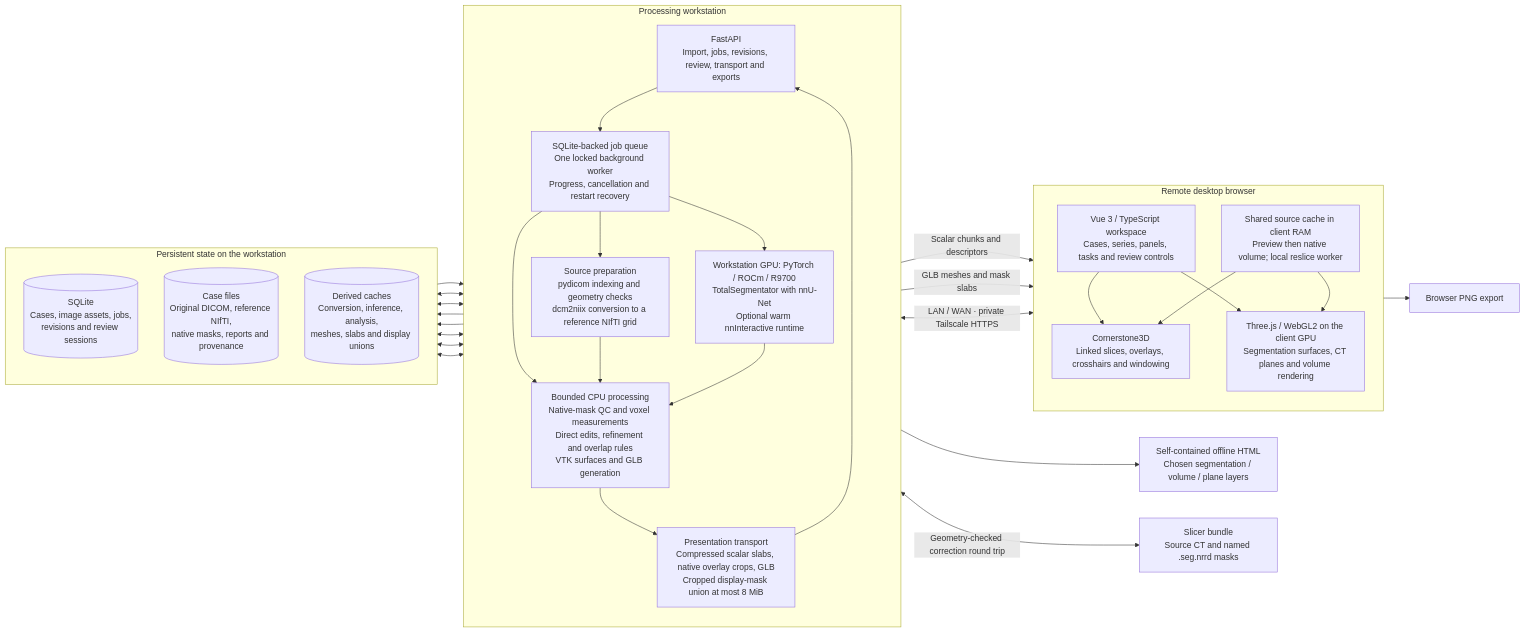
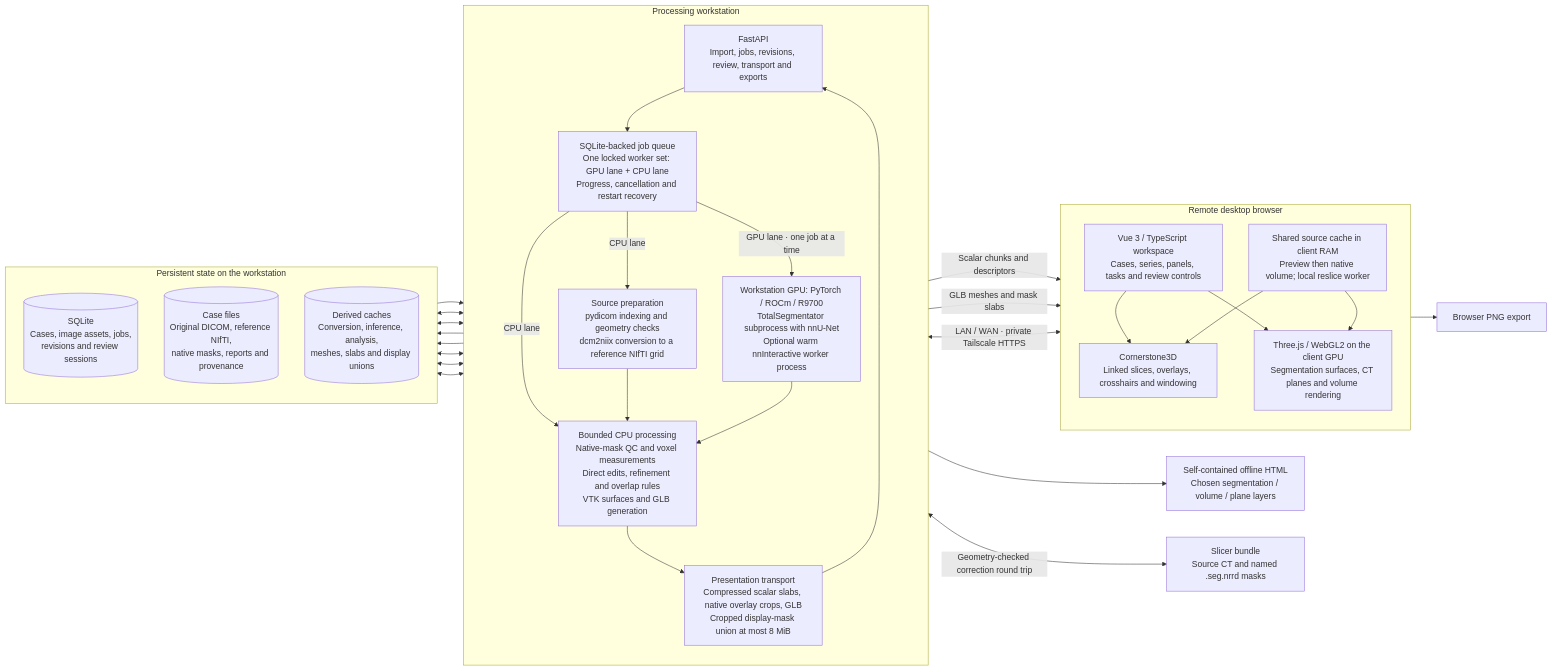
One commit to Truth129/3DScan changed the first of 3 diagrams in docs/ARCHITECTURE.md. Above: the diagram before and after it, drawn with Mermaid. The commit also changed other lines of this file and 4 other files, not shown here.

First line of the commit message:
Document worker lanes and the supervised nnInteractive process

````diff
--- a/docs/ARCHITECTURE.md
+++ b/docs/ARCHITECTURE.md
@@ -26,55 +26,55 @@
 ```mermaid
 flowchart LR
   subgraph CLIENT["Remote desktop browser"]
     direction TB
     UI["Vue 3 / TypeScript workspace<br/>Cases, series, panels, tasks and review controls"]
     RAM["Shared source cache in client RAM<br/>Preview then native volume; local reslice worker"]
     CT["Cornerstone3D<br/>Linked slices, overlays, crosshairs and windowing"]
     WEBGL["Three.js / WebGL2 on the client GPU<br/>Segmentation surfaces, CT planes and volume rendering"]
     UI --> CT
     UI --> WEBGL
     RAM --> CT
     RAM --> WEBGL
   end
 
   subgraph HOST["Processing workstation"]
     direction TB
     API["FastAPI<br/>Import, jobs, revisions, review, transport and exports"]
-    QUEUE["SQLite-backed job queue<br/>One locked background worker<br/>Progress, cancellation and restart recovery"]
+    QUEUE["SQLite-backed job queue<br/>One locked worker set: GPU lane + CPU lane<br/>Progress, cancellation and restart recovery"]
     PREP["Source preparation<br/>pydicom indexing and geometry checks<br/>dcm2niix conversion to a reference NIfTI grid"]
-    GPU["Workstation GPU: PyTorch / ROCm / R9700<br/>TotalSegmentator with nnU-Net<br/>Optional warm nnInteractive runtime"]
+    GPU["Workstation GPU: PyTorch / ROCm / R9700<br/>TotalSegmentator subprocess with nnU-Net<br/>Optional warm nnInteractive worker process"]
     CPU["Bounded CPU processing<br/>Native-mask QC and voxel measurements<br/>Direct edits, refinement and overlap rules<br/>VTK surfaces and GLB generation"]
     TRANSPORT["Presentation transport<br/>Compressed scalar slabs, native overlay crops, GLB<br/>Cropped display-mask union at most 8 MiB"]
     API --> QUEUE
-    QUEUE --> PREP
-    QUEUE --> GPU
-    QUEUE --> CPU
+    QUEUE -->|"CPU lane"| PREP
+    QUEUE -->|"GPU lane · one job at a time"| GPU
+    QUEUE -->|"CPU lane"| CPU
     PREP --> CPU
     GPU --> CPU
     CPU --> TRANSPORT
     TRANSPORT --> API
   end
 
   subgraph STATE["Persistent state on the workstation"]
     direction TB
     DB[("SQLite<br/>Cases, image assets, jobs,<br/>revisions and review sessions")]
     FILES[("Case files<br/>Original DICOM, reference NIfTI,<br/>native masks, reports and provenance")]
     CACHE[("Derived caches<br/>Conversion, inference, analysis,<br/>meshes, slabs and display unions")]
   end
 
   UI <-->|"LAN / WAN · private Tailscale HTTPS"| API
   API -->|"Scalar chunks and descriptors"| RAM
   API -->|"GLB meshes and mask slabs"| WEBGL
   API <--> DB
   QUEUE <--> DB
   PREP --> FILES
   CPU --> FILES
   FILES --> TRANSPORT
   CPU <--> CACHE
   GPU <--> CACHE
   TRANSPORT <--> CACHE
 
   API --> HTML["Self-contained offline HTML<br/>Chosen segmentation / volume / plane layers"]
   API <-->|"Geometry-checked correction round trip"| SLICER["Slicer bundle<br/>Source CT and named .seg.nrrd masks"]
   WEBGL --> PNG["Browser PNG export"]
 ```
````
